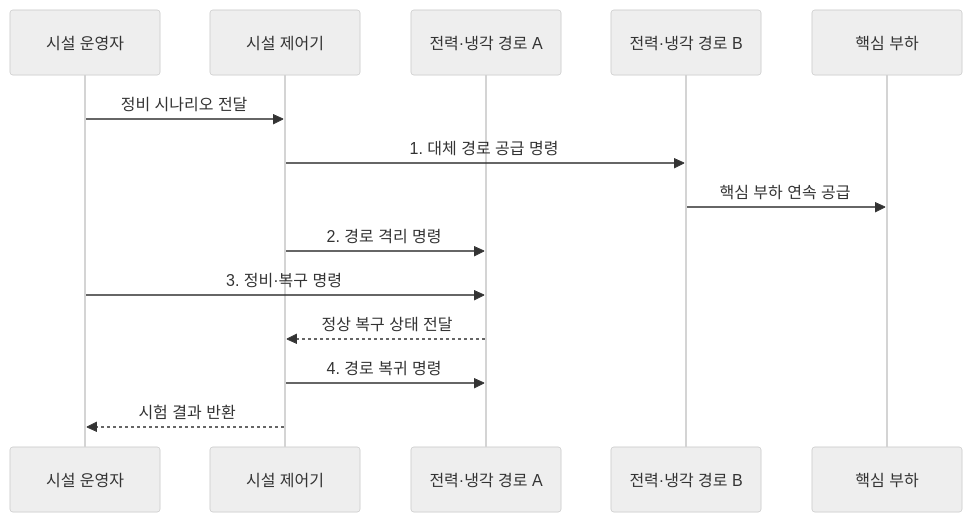
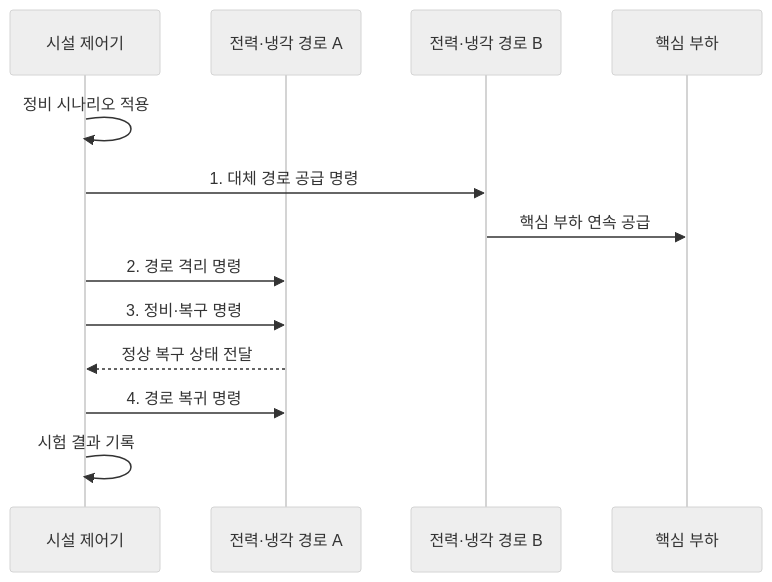
The diagram in src/content/docs/notes/02-hardware/056_data_center_tier.md (agnusdei1207/knowledge-base), drawn with Mermaid (neutral theme) before and after one commit. The commit also changed 9 other files, not shown here.

Commit message:
Reduce redundant hardware flow roles

````diff
--- a/src/content/docs/notes/02-hardware/056_data_center_tier.md
+++ b/src/content/docs/notes/02-hardware/056_data_center_tier.md
@@ -89,17 +89,16 @@
 ```mermaid
 sequenceDiagram
-    participant O as 시설 운영자
     participant C as 시설 제어기
     participant A as 전력·냉각 경로 A
     participant B as 전력·냉각 경로 B
     participant L as 핵심 부하
 
-    O->>C: 정비 시나리오 전달
+    C->>C: 정비 시나리오 적용
     C->>B: 1. 대체 경로 공급 명령
     B->>L: 핵심 부하 연속 공급
     C->>A: 2. 경로 격리 명령
-    O->>A: 3. 정비·복구 명령
+    C->>A: 3. 정비·복구 명령
     A-->>C: 정상 복구 상태 전달
     C->>A: 4. 경로 복귀 명령
-    C-->>O: 시험 결과 반환
+    C->>C: 시험 결과 기록
 ```
````
